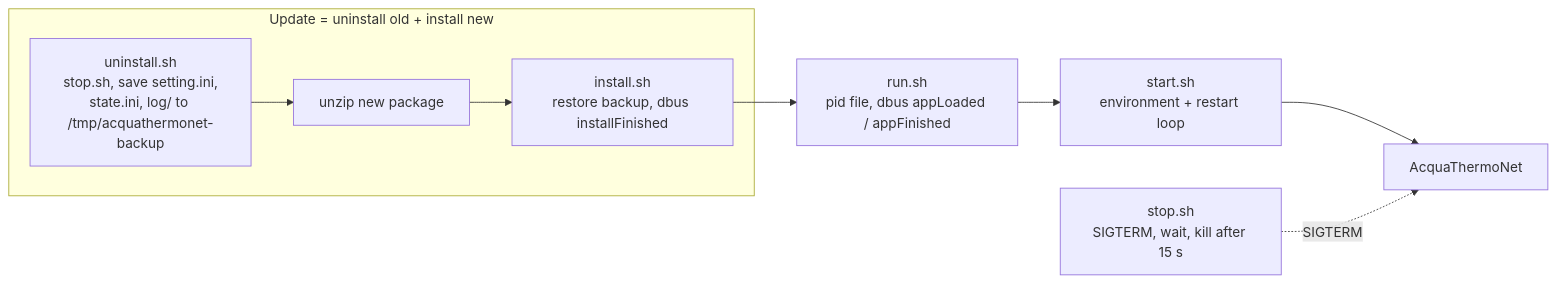
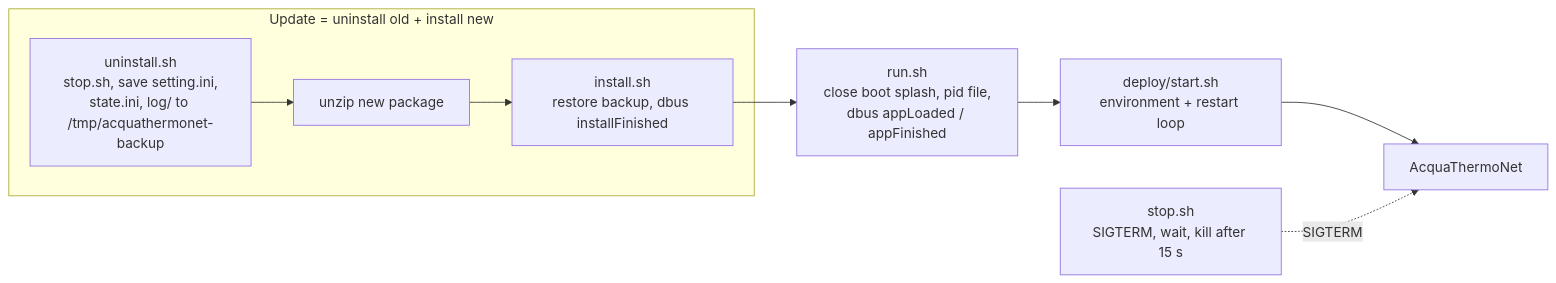
One commit to ska/AcquaThermoNet changed the tenth of 10 diagrams in docs/DOCUMENTATION.md. Above: the diagram before and after it, drawn with Mermaid. The commit also changed other lines of this file and 14 other files, not shown here.

````diff
--- a/docs/DOCUMENTATION.md
+++ b/docs/DOCUMENTATION.md
@@ -1146,11 +1149,11 @@
 ```mermaid
 flowchart LR
     subgraph Update["Update = uninstall old + install new"]
         U1["uninstall.sh<br/>stop.sh, save setting.ini,<br/>state.ini, log/ to /tmp/acquathermonet-backup"] --> U2["unzip new package"]
         U2 --> U3["install.sh<br/>restore backup, dbus installFinished"]
     end
-    U3 --> R1["run.sh<br/>pid file, dbus appLoaded / appFinished"]
-    R1 --> R2["start.sh<br/>environment + restart loop"]
+    U3 --> R1["run.sh<br/>close boot splash, pid file,<br/>dbus appLoaded / appFinished"]
+    R1 --> R2["deploy/start.sh<br/>environment + restart loop"]
     R2 --> APP["AcquaThermoNet"]
     ST["stop.sh<br/>SIGTERM, wait, kill after 15 s"] -. SIGTERM .-> APP
 ```
````
